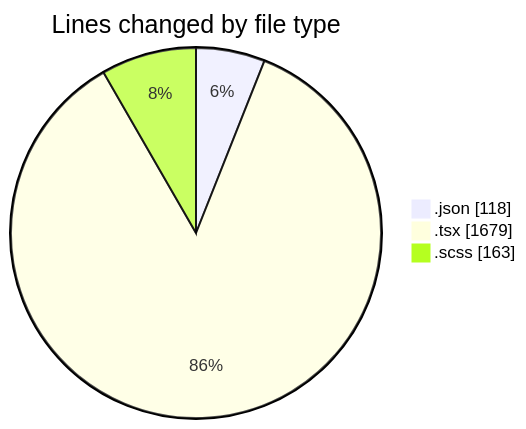
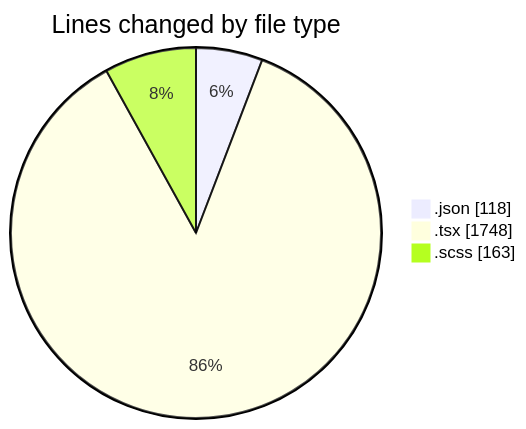
One commit to momahboobian/code-tracking changed the first of 2 diagrams in 2025-11-19/cda/README.md. Above: the diagram before and after it, drawn with Mermaid. The commit also changed other lines of this file and 1 other file, not shown here.

````diff
--- a/2025-11-19/cda/README.md
+++ b/2025-11-19/cda/README.md
@@ -22,7 +22,7 @@
 ```mermaid
 pie showData
 title Lines changed by file type
 ".json" : 118
-".tsx" : 1679
+".tsx" : 1748
 ".scss" : 163
 ```
````
